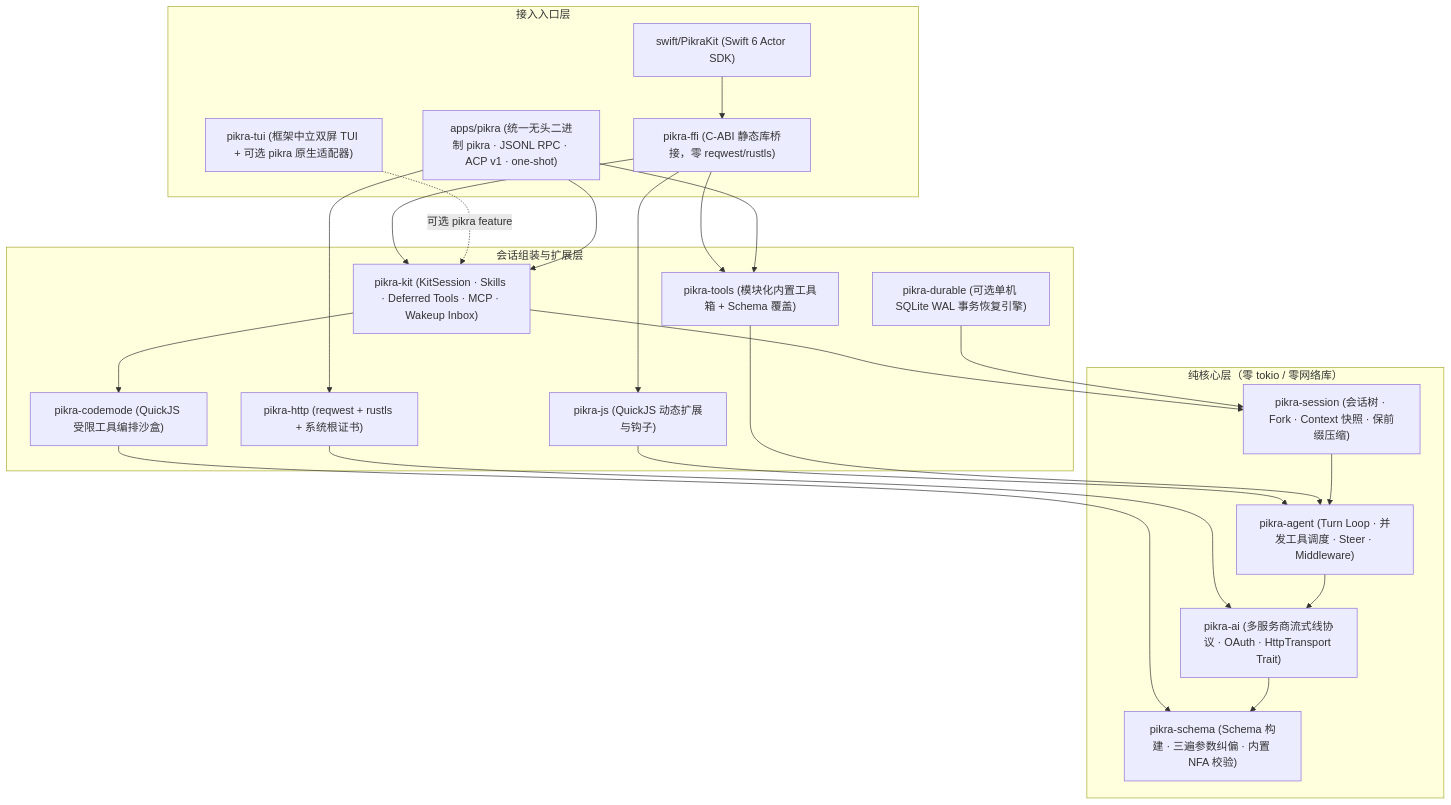
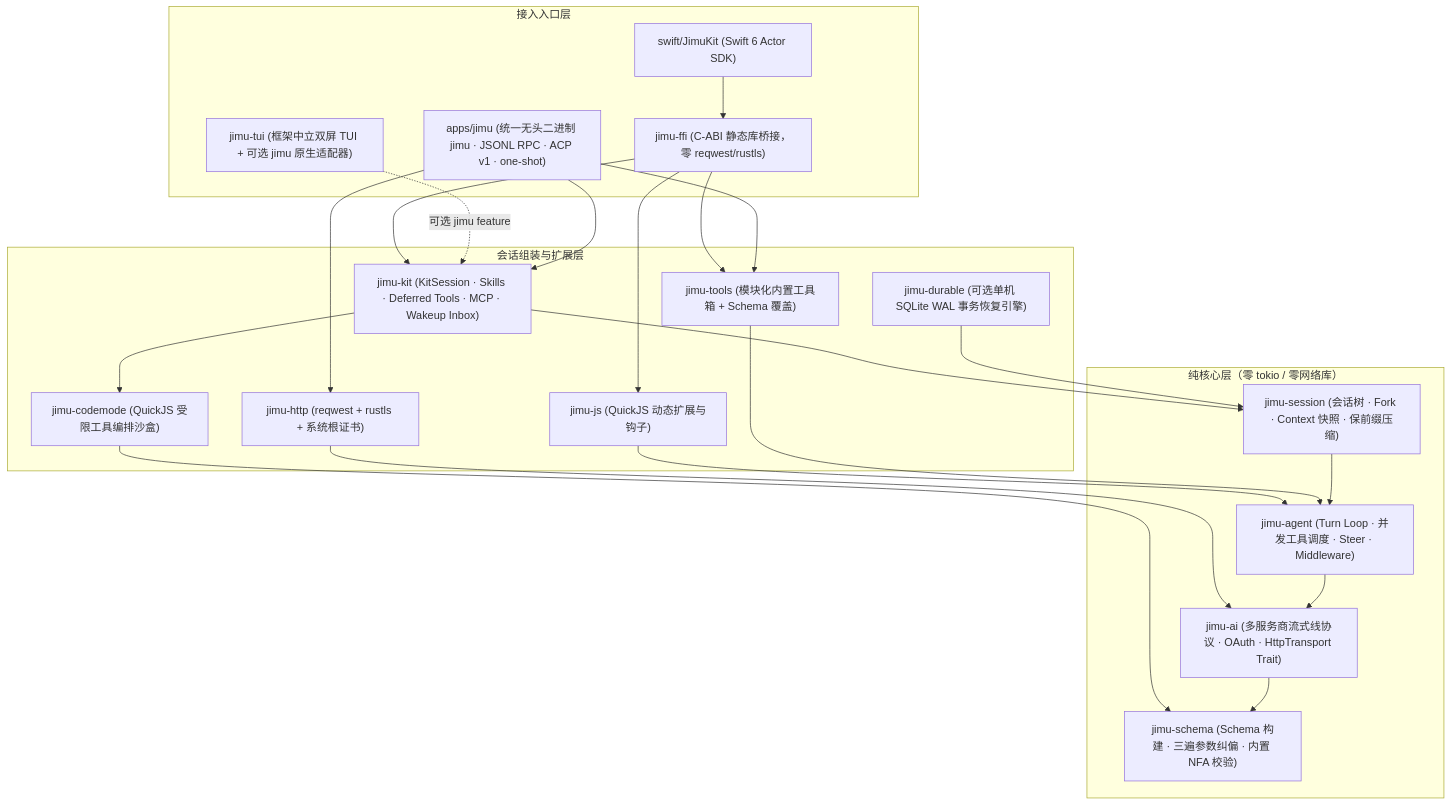
Before and after one commit to what1f/jimu: the second of 2 diagrams in docs/architecture.md, drawn with Mermaid. The commit also changed other lines of this file and 611 other files, not shown here.

Commit message:
refactor: complete pikra to jimu rename and add auto_reload_skills to FFI and JimuKit

````diff
--- a/docs/architecture.md
+++ b/docs/architecture.md
@@ -43,46 +43,46 @@
 ```mermaid
 flowchart TD
     subgraph Entry["接入入口层"]
-        Swift["swift/PikraKit (Swift 6 Actor SDK)"]
-        FFI["pikra-ffi (C-ABI 静态库桥接，零 reqwest/rustls)"]
-        TUI["pikra-tui (框架中立双屏 TUI + 可选 pikra 原生适配器)"]
-        CLI["apps/pikra (统一无头二进制 pikra · JSONL RPC · ACP v1 · one-shot)"]
+        Swift["swift/JimuKit (Swift 6 Actor SDK)"]
+        FFI["jimu-ffi (C-ABI 静态库桥接，零 reqwest/rustls)"]
+        TUI["jimu-tui (框架中立双屏 TUI + 可选 jimu 原生适配器)"]
+        CLI["apps/jimu (统一无头二进制 jimu · JSONL RPC · ACP v1 · one-shot)"]
     end
 
     subgraph Runtime["会话组装与扩展层"]
-        Kit["pikra-kit (KitSession · Skills · Deferred Tools · MCP · Wakeup Inbox)"]
-        Tools["pikra-tools (模块化内置工具箱 + Schema 覆盖)"]
-        Durable["pikra-durable (可选单机 SQLite WAL 事务恢复引擎)"]
-        JS["pikra-js (QuickJS 动态扩展与钩子)"]
-        CodeMode["pikra-codemode (QuickJS 受限工具编排沙盒)"]
-        HTTP["pikra-http (reqwest + rustls + 系统根证书)"]
+        Kit["jimu-kit (KitSession · Skills · Deferred Tools · MCP · Wakeup Inbox)"]
+        Tools["jimu-tools (模块化内置工具箱 + Schema 覆盖)"]
+        Durable["jimu-durable (可选单机 SQLite WAL 事务恢复引擎)"]
+        JS["jimu-js (QuickJS 动态扩展与钩子)"]
+        CodeMode["jimu-codemode (QuickJS 受限工具编排沙盒)"]
+        HTTP["jimu-http (reqwest + rustls + 系统根证书)"]
     end
 
     subgraph Core["纯核心层（零 tokio / 零网络库）"]
-        Session["pikra-session (会话树 · Fork · Context 快照 · 保前缀压缩)"]
-        Agent["pikra-agent (Turn Loop · 并发工具调度 · Steer · Middleware)"]
-        AI["pikra-ai (多服务商流式线协议 · OAuth · HttpTransport Trait)"]
-        Schema["pikra-schema (Schema 构建 · 三遍参数纠偏 · 内置 NFA 校验)"]
+        Session["jimu-session (会话树 · Fork · Context 快照 · 保前缀压缩)"]
+        Agent["jimu-agent (Turn Loop · 并发工具调度 · Steer · Middleware)"]
+        AI["jimu-ai (多服务商流式线协议 · OAuth · HttpTransport Trait)"]
+        Schema["jimu-schema (Schema 构建 · 三遍参数纠偏 · 内置 NFA 校验)"]
     end
 
     Swift --> FFI
     FFI --> Kit
     FFI --> Tools
     FFI --> JS
-    TUI -.->|"可选 pikra feature"| Kit
+    TUI -.->|"可选 jimu feature"| Kit
     CLI --> Kit
     CLI --> Tools
     CLI --> HTTP
 
     Kit --> Session
     Kit --> CodeMode
     Durable --> Session
     JS --> Agent
     Tools --> Agent
     CodeMode --> Schema
     HTTP --> AI
 
     Session --> Agent
     Agent --> AI
     AI --> Schema
 ```
````
